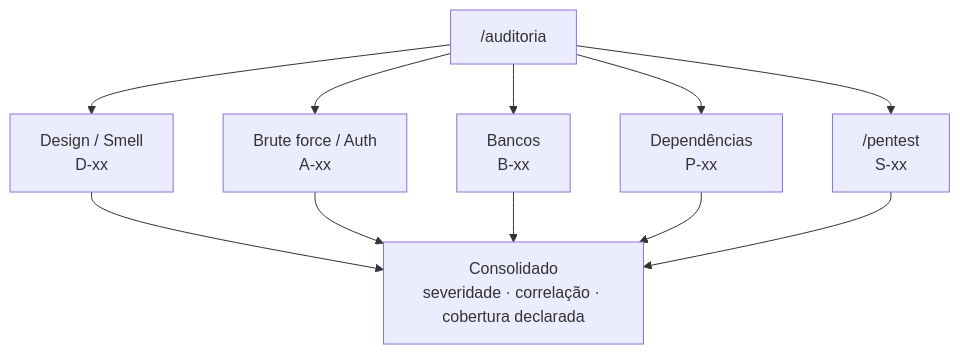
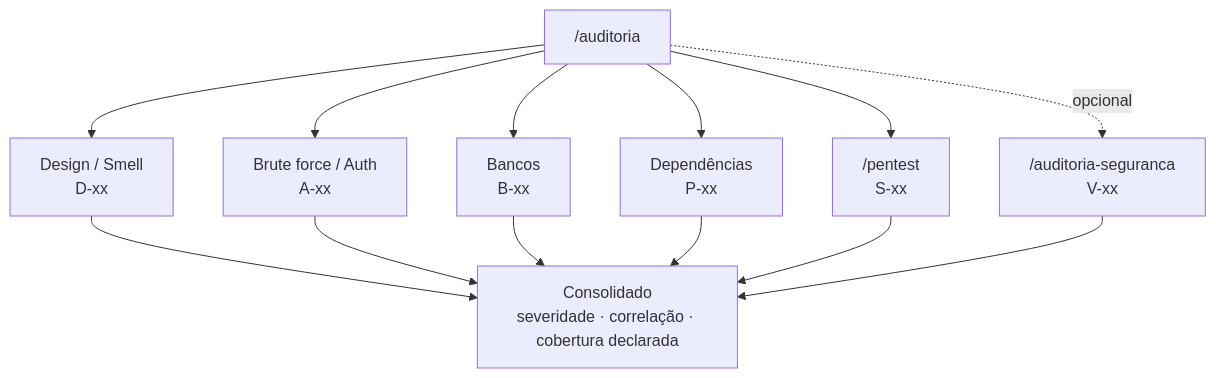
Before and after one commit to victorbeppler/claude-bootstrap: the third of 4 diagrams in README.md, drawn with Mermaid. The commit also changed other lines of this file and 30 other files, not shown here.

First line of the commit message:
feat: skill auditoria-seguranca adaptada da security-audit-skill da Cloudflare

````diff
--- a/README.md
+++ b/README.md
@@ -193,9 +194,10 @@
 ```mermaid
 flowchart TB
     AU["/auditoria"] --> D["Design / Smell<br/>D-xx"]
     AU --> A["Brute force / Auth<br/>A-xx"]
     AU --> B["Bancos<br/>B-xx"]
     AU --> P["Dependências<br/>P-xx"]
     AU --> PT["/pentest<br/>S-xx"]
-    D & A & B & P & PT --> C["Consolidado<br/>severidade · correlação · cobertura declarada"]
+    AU -.->|opcional| AS["/auditoria-seguranca<br/>V-xx"]
+    D & A & B & P & PT & AS --> C["Consolidado<br/>severidade · correlação · cobertura declarada"]
 ```
````
